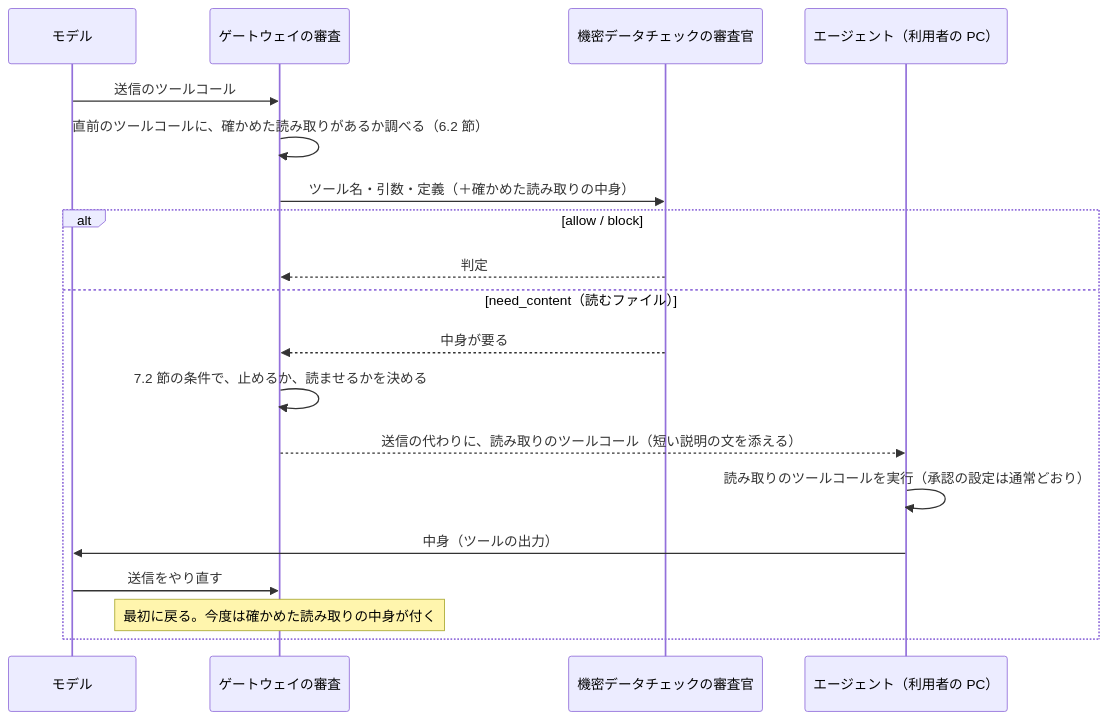
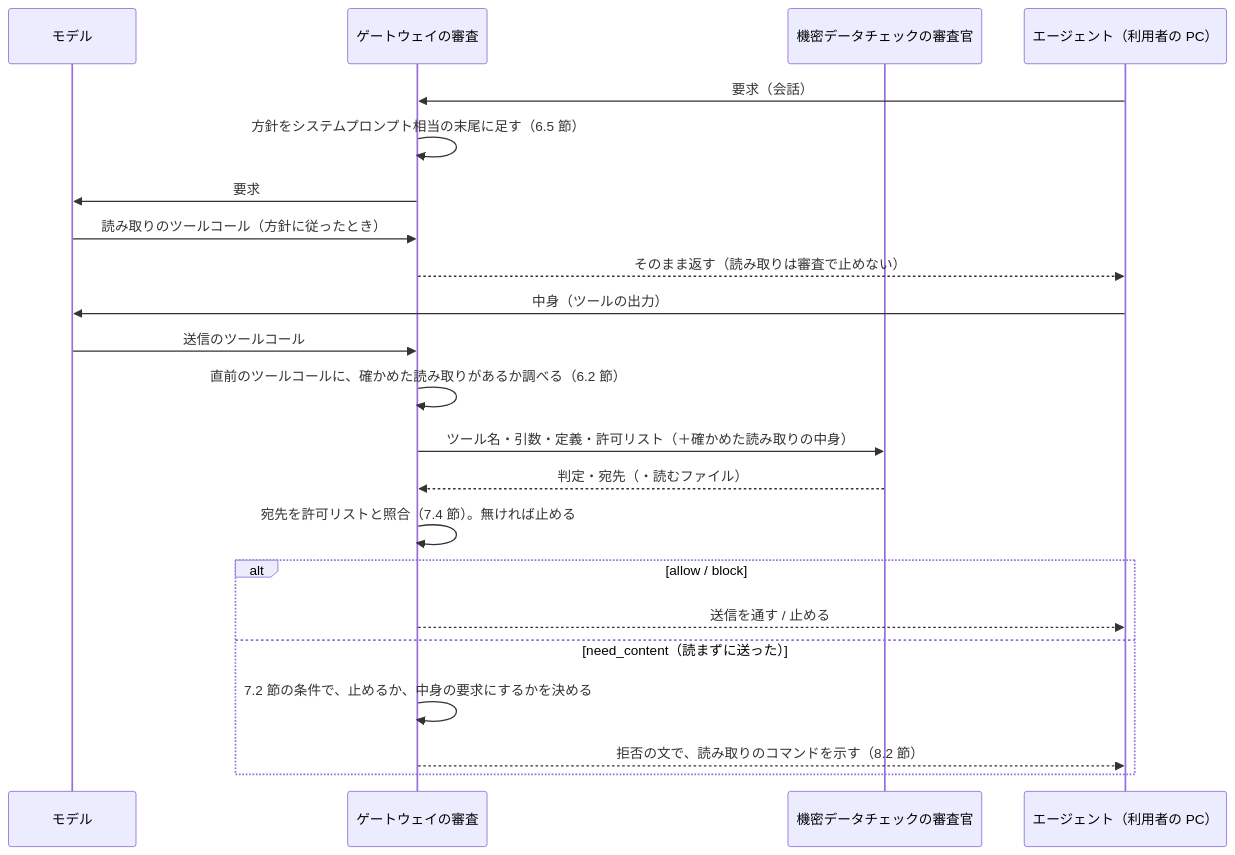
One commit to notfolder/litellm-agent-gateway-lab changed the diagram in .history/2026-10-13-送信するファイルの中身の審査/変更仕様書.md. Above: the diagram before and after it, drawn with Mermaid. The commit also changed other lines of this file and 2 other files, not shown here.

````diff
--- a/.history/2026-10-13-送信するファイルの中身の審査/変更仕様書.md
+++ b/.history/2026-10-13-送信するファイルの中身の審査/変更仕様書.md
@@ -57,21 +70,24 @@
 ```mermaid
 sequenceDiagram
     participant M as モデル
     participant G as ゲートウェイの審査
     participant J as 機密データチェックの審査官
     participant A as エージェント（利用者の PC）
+    A->>G: 要求（会話）
+    G->>G: 方針をシステムプロンプト相当の末尾に足す（6.5 節）
+    G->>M: 要求
+    M->>G: 読み取りのツールコール（方針に従ったとき）
+    G-->>A: そのまま返す（読み取りは審査で止めない）
+    A->>M: 中身（ツールの出力）
     M->>G: 送信のツールコール
     G->>G: 直前のツールコールに、確かめた読み取りがあるか調べる（6.2 節）
-    G->>J: ツール名・引数・定義（＋確かめた読み取りの中身）
+    G->>J: ツール名・引数・定義・許可リスト（＋確かめた読み取りの中身）
+    J-->>G: 判定・宛先（・読むファイル）
+    G->>G: 宛先を許可リストと照合（7.4 節）。無ければ止める
     alt allow / block
-        J-->>G: 判定
-    else need_content（読むファイル）
-        J-->>G: 中身が要る
-        G->>G: 7.2 節の条件で、止めるか、読ませるかを決める
-        G-->>A: 送信の代わりに、読み取りのツールコール（短い説明の文を添える）
-        A->>A: 読み取りのツールコールを実行（承認の設定は通常どおり）
-        A->>M: 中身（ツールの出力）
-        M->>G: 送信をやり直す
-        Note over G: 最初に戻る。今度は確かめた読み取りの中身が付く
+        G-->>A: 送信を通す / 止める
+    else need_content（読まずに送った）
+        G->>G: 7.2 節の条件で、止めるか、中身の要求にするかを決める
+        G-->>A: 拒否の文で、読み取りのコマンドを示す（8.2 節）
     end
 ```
````
